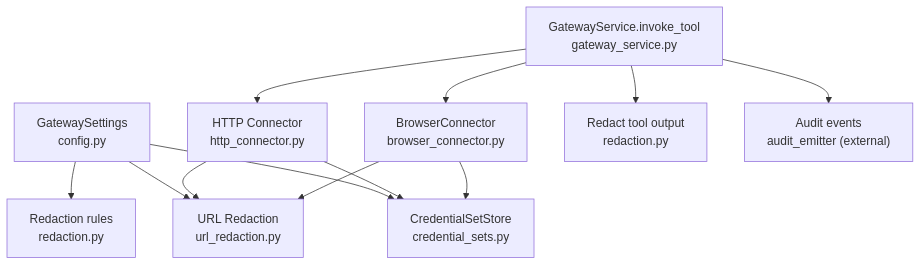
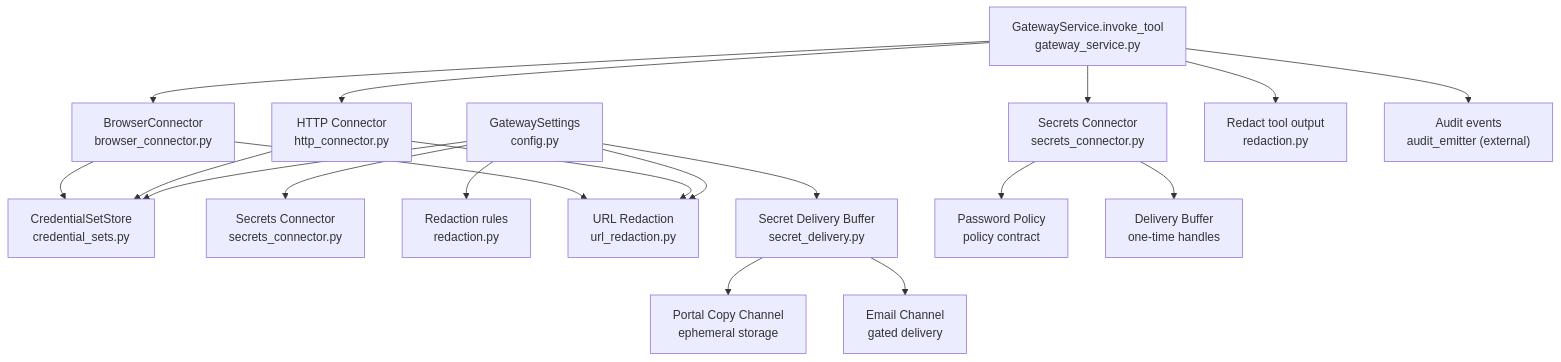
One commit to metasync/luban-aiops changed the first of 11 diagrams in .qoder/repowiki/en/content/Core Services/Tool Gateway/Credential Management and Security.md. Above: the diagram before and after it, drawn with Mermaid. The commit also changed other lines of this file and 56 other files, not shown here.

First line of the commit message:
docs: refresh repowiki knowledge cache (SPEC-062 secret delivery, v0.42.0)

````diff
--- a/.qoder/repowiki/en/content/Core Services/Tool Gateway/Credential Management and Security.md
+++ b/.qoder/repowiki/en/content/Core Services/Tool Gateway/Credential Management and Security.md
@@ -52,14 +66,21 @@
 ```mermaid
 graph TB
 A["GatewaySettings<br/>config.py"] --> B["CredentialSetStore<br/>credential_sets.py"]
-A --> C["Redaction rules<br/>redaction.py"]
-A --> D["URL Redaction<br/>url_redaction.py"]
-E["HTTP Connector<br/>http_connector.py"] --> B
-E --> D
-F["BrowserConnector<br/>browser_connector.py"] --> B
-F --> D
-G["GatewayService.invoke_tool<br/>gateway_service.py"] --> E
-G --> F
-G --> H["Redact tool output<br/>redaction.py"]
-G --> I["Audit events<br/>audit_emitter (external)"]
+A --> C["Secrets Connector<br/>secrets_connector.py"]
+A --> D["Redaction rules<br/>redaction.py"]
+A --> E["URL Redaction<br/>url_redaction.py"]
+A --> F["Secret Delivery Buffer<br/>secret_delivery.py"]
+G["HTTP Connector<br/>http_connector.py"] --> B
+G --> E
+H["BrowserConnector<br/>browser_connector.py"] --> B
+H --> E
+I["Secrets Connector<br/>secrets_connector.py"] --> J["Password Policy<br/>policy contract"]
+I --> K["Delivery Buffer<br/>one-time handles"]
+L["GatewayService.invoke_tool<br/>gateway_service.py"] --> G
+L --> H
+L --> I
+L --> M["Redact tool output<br/>redaction.py"]
+L --> N["Audit events<br/>audit_emitter (external)"]
+F --> O["Portal Copy Channel<br/>ephemeral storage"]
+F --> P["Email Channel<br/>gated delivery"]
 ```
````
